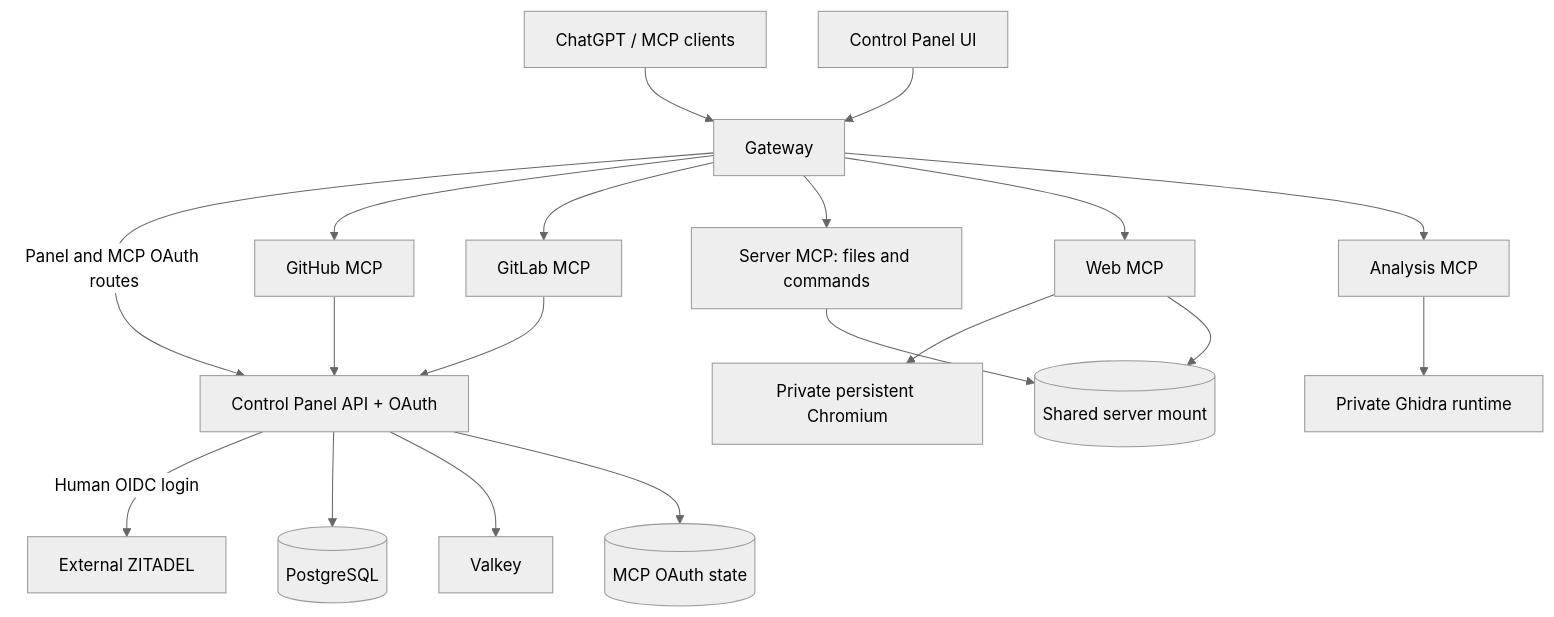
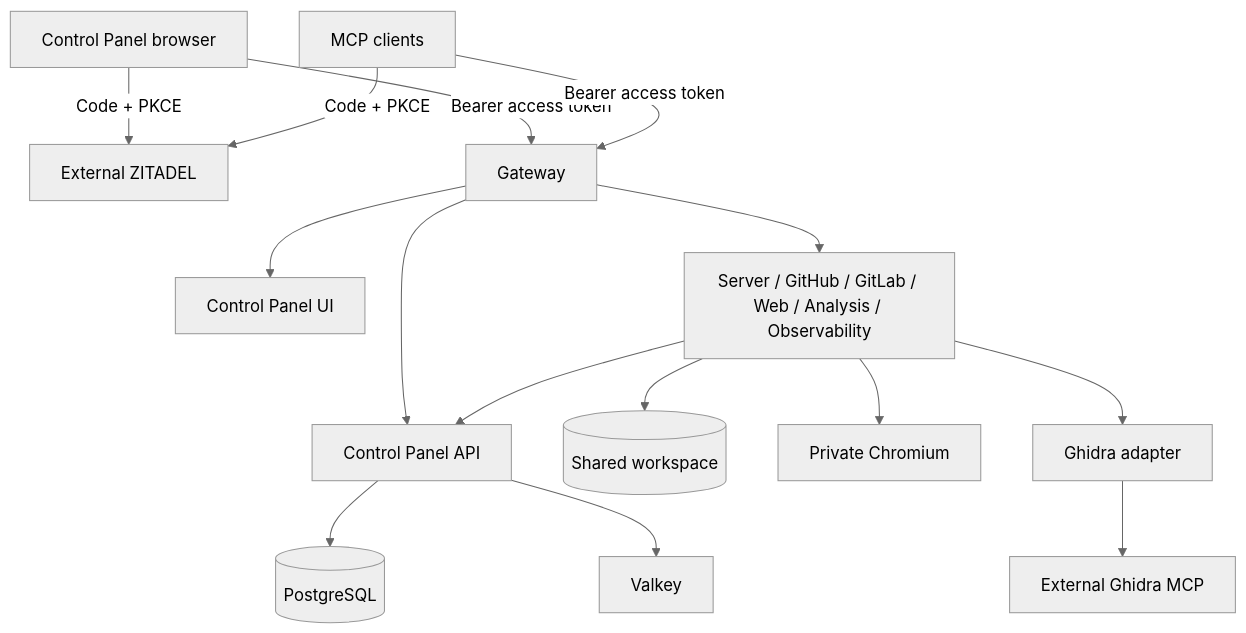
One commit to KobaProduction/Briareus changed the diagram in docs/architecture/overview.md. Above: the diagram before and after it, drawn with Mermaid (neutral theme). The commit also changed other lines of this file and 148 other files, not shown here.

Commit message:
refactor(auth): delegate browser and MCP authorization to ZITADEL

````diff
--- a/docs/architecture/overview.md
+++ b/docs/architecture/overview.md
@@ -18,21 +7,17 @@
 ```mermaid
 flowchart TB
-    Client[ChatGPT / MCP clients] --> GW[Gateway]
-    Browser[Control Panel UI] --> GW
-    GW -->|Panel and MCP OAuth routes| CP[Control Panel API + OAuth]
-    CP -->|Human OIDC login| ID[External ZITADEL]
-    GW --> GH[GitHub MCP]
-    GW --> GL[GitLab MCP]
-    GW --> SV[Server MCP: files and commands]
-    GW --> WEB[Web MCP]
-    GW --> AN[Analysis MCP]
-    WEB --> CDP[Private persistent Chromium]
-    AN --> GD[Private Ghidra runtime]
-    GH --> CP
-    GL --> CP
-    CP --> STATE[(PostgreSQL)]
-    CP --> CACHE[Valkey]
-    CP --> OAUTH[(MCP OAuth state)]
-    SV --> WS[(Shared server mount)]
-    WEB --> WS
+    Browser[Control Panel browser] -->|Code + PKCE| ID[External ZITADEL]
+    MCP[MCP clients] -->|Code + PKCE| ID
+    Browser -->|Bearer access token| GW[Gateway]
+    MCP -->|Bearer access token| GW
+    GW --> UI[Control Panel UI]
+    GW --> API[Control Panel API]
+    GW --> Hands[Server / GitHub / GitLab / Web / Analysis / Observability]
+    API --> PG[(PostgreSQL)]
+    API --> Cache[Valkey]
+    Hands --> API
+    Hands --> Workspace[(Shared workspace)]
+    Hands --> Chromium[Private Chromium]
+    Hands --> Adapter[Ghidra adapter]
+    Adapter --> Ghidra[External Ghidra MCP]
 ```
````
